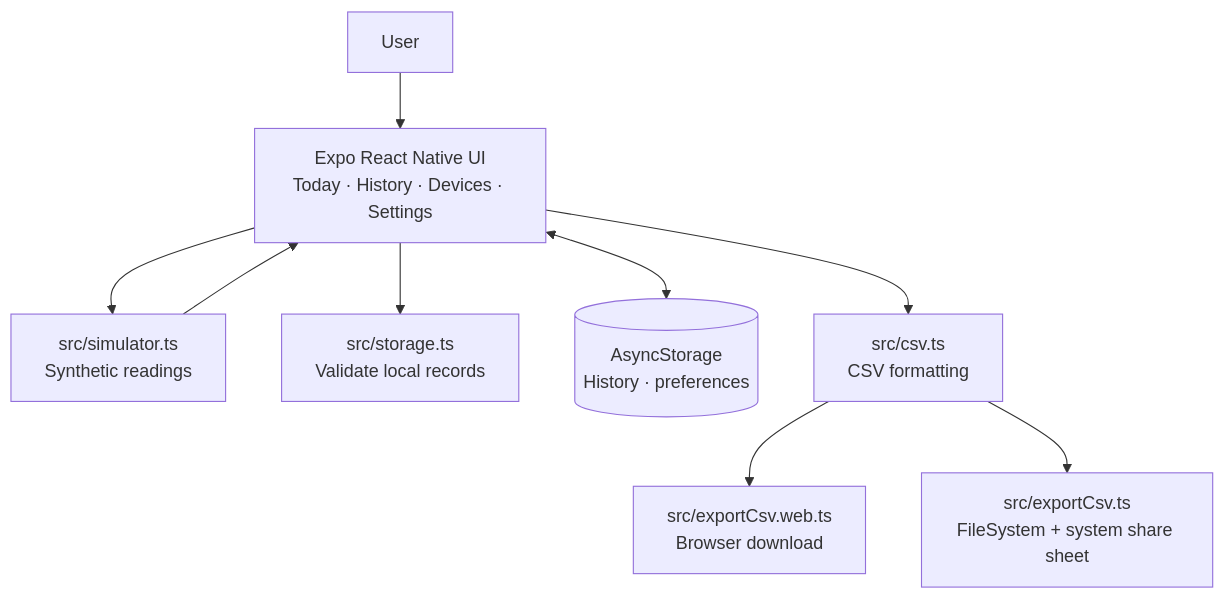
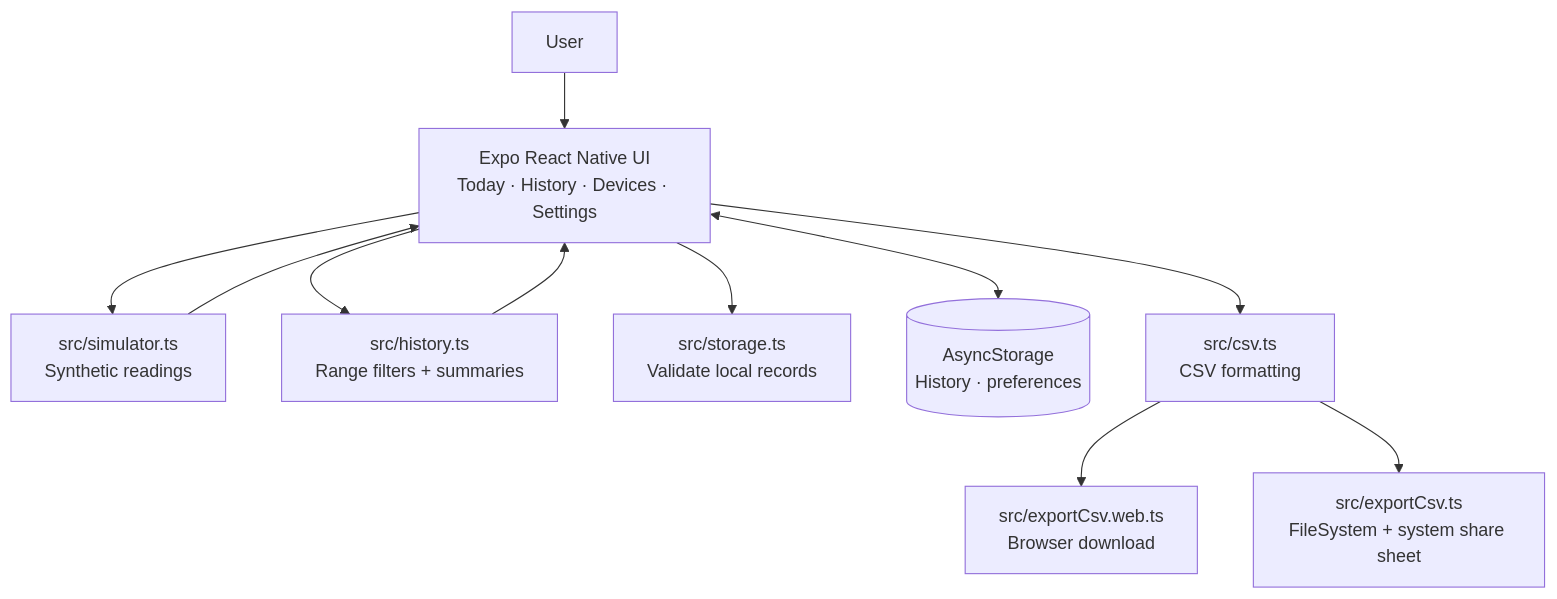
Before and after one commit to 22304516/wearable-companion: the diagram in docs/ARCHITECTURE.md, drawn with Mermaid. The commit also changed other lines of this file and 10 other files, not shown here.

Commit message:
Add time-filtered history summaries

````diff
--- a/docs/ARCHITECTURE.md
+++ b/docs/ARCHITECTURE.md
@@ -12,20 +12,23 @@
 ```mermaid
 flowchart TD
   User[User]
   UI[Expo React Native UI<br/>Today · History · Devices · Settings]
   Sim[src/simulator.ts<br/>Synthetic readings]
+  History[src/history.ts<br/>Range filters + summaries]
   Store[src/storage.ts<br/>Validate local records]
   Local[(AsyncStorage<br/>History · preferences)]
   CSV[src/csv.ts<br/>CSV formatting]
   Web[src/exportCsv.web.ts<br/>Browser download]
   Native[src/exportCsv.ts<br/>FileSystem + system share sheet]
 
   User --> UI
   UI --> Sim
   Sim --> UI
+  UI --> History
+  History --> UI
   UI --> Store
   UI <--> Local
   UI --> CSV
   CSV --> Web
   CSV --> Native
 ```
````
